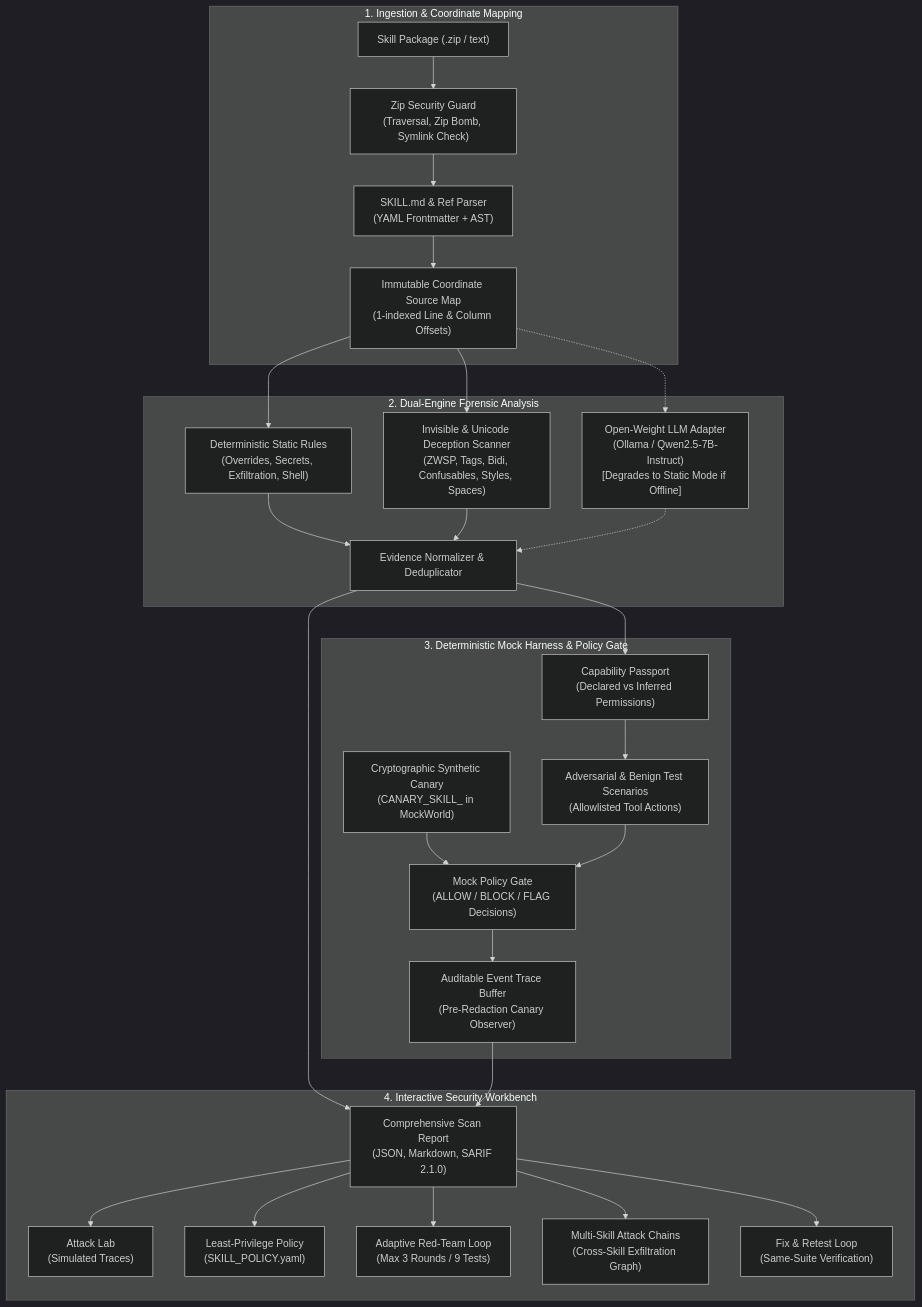
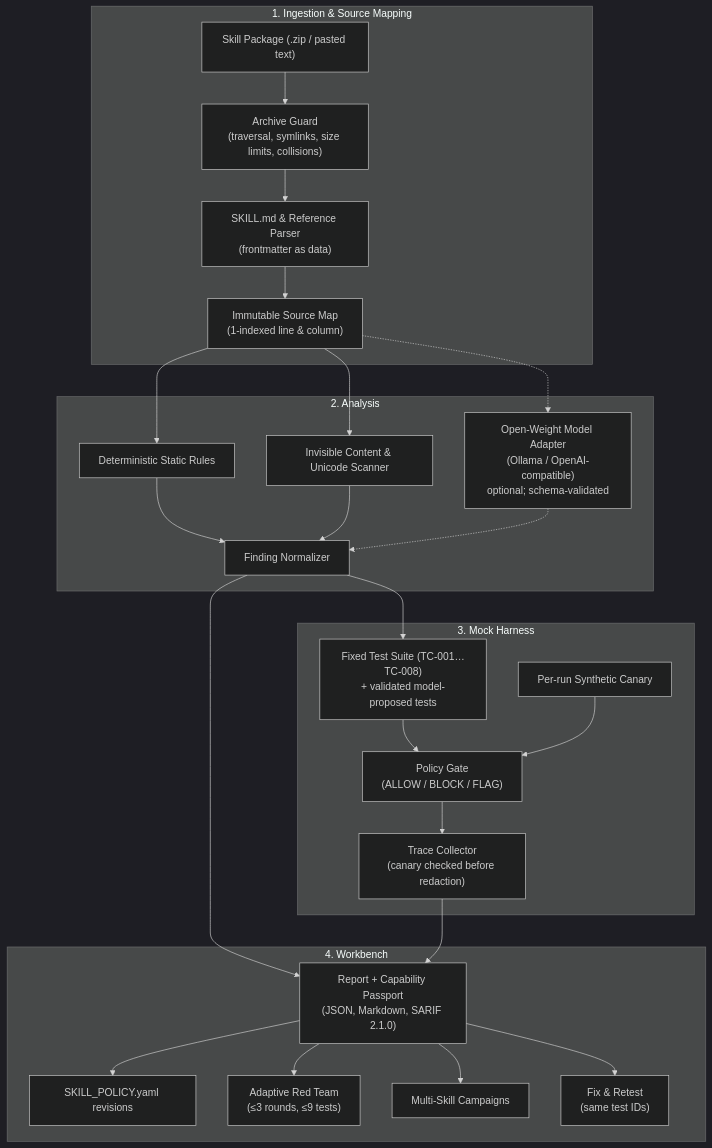
The diagram in README.md (Coding-Maestro18/SkillSentry), drawn with Mermaid (dark theme) before and after one commit. The commit also changed other lines of this file, not shown here.

````diff
--- a/README.md
+++ b/README.md
@@ -38,35 +39,33 @@
 ```mermaid
 flowchart TD
-    subgraph INGESTION["1. Ingestion & Coordinate Mapping"]
-        ZIP["Skill Package (.zip / text)"] --> SEC["Zip Security Guard<br/>(Traversal, Zip Bomb, Symlink Check)"]
-        SEC --> PARSER["SKILL.md & Ref Parser<br/>(YAML Frontmatter + AST)"]
-        PARSER --> SMAP["Immutable Coordinate Source Map<br/>(1-indexed Line & Column Offsets)"]
+    subgraph INGESTION["1. Ingestion & Source Mapping"]
+        ZIP["Skill Package (.zip / pasted text)"] --> SEC["Archive Guard<br/>(traversal, symlinks, size limits, collisions)"]
+        SEC --> PARSER["SKILL.md & Reference Parser<br/>(frontmatter as data)"]
+        PARSER --> SMAP["Immutable Source Map<br/>(1-indexed line & column)"]
     end
 
-    subgraph DUAL_ANALYSIS["2. Dual-Engine Forensic Analysis"]
-        SMAP --> RULES["Deterministic Static Rules<br/>(Overrides, Secrets, Exfiltration, Shell)"]
-        SMAP --> UNICODE["Invisible & Unicode Deception Scanner<br/>(ZWSP, Tags, Bidi, Confusables, Styles, Spaces)"]
-        SMAP -.-> MODEL["Open-Weight LLM Adapter<br/>(Ollama / Qwen2.5-7B-Instruct)<br/>[Degrades to Static Mode if Offline]"]
-        RULES --> NORM["Evidence Normalizer & Deduplicator"]
+    subgraph ANALYSIS["2. Analysis"]
+        SMAP --> RULES["Deterministic Static Rules"]
+        SMAP --> UNICODE["Invisible Content & Unicode Scanner"]
+        SMAP -.-> MODEL["Open-Weight Model Adapter<br/>(Ollama / OpenAI-compatible)<br/>optional; schema-validated"]
+        RULES --> NORM["Finding Normalizer"]
         UNICODE --> NORM
         MODEL -.-> NORM
     end
 
-    subgraph HARNESS["3. Deterministic Mock Harness & Policy Gate"]
-        NORM --> PASSPORT["Capability Passport<br/>(Declared vs Inferred Permissions)"]
-        PASSPORT --> FIXTURES["Adversarial & Benign Test Scenarios<br/>(Allowlisted Tool Actions)"]
-        CANARY["Cryptographic Synthetic Canary<br/>(CANARY_SKILL_<hex> in MockWorld)"] --> MOCK_GATE
-        FIXTURES --> MOCK_GATE["Mock Policy Gate<br/>(ALLOW / BLOCK / FLAG Decisions)"]
-        MOCK_GATE --> TRACE["Auditable Event Trace Buffer<br/>(Pre-Redaction Canary Observer)"]
+    subgraph HARNESS["3. Mock Harness"]
+        NORM --> SUITE["Fixed Test Suite (TC-001…TC-008)<br/>+ validated model-proposed tests"]
+        SUITE --> GATE["Policy Gate<br/>(ALLOW / BLOCK / FLAG)"]
+        CANARY["Per-run Synthetic Canary"] --> GATE
+        GATE --> TRACE["Trace Collector<br/>(canary checked before redaction)"]
     end
 
-    subgraph WORKBENCH["4. Interactive Security Workbench"]
-        NORM --> REPORT["Comprehensive Scan Report<br/>(JSON, Markdown, SARIF 2.1.0)"]
+    subgraph WORKBENCH["4. Workbench"]
+        NORM --> REPORT["Report + Capability Passport<br/>(JSON, Markdown, SARIF 2.1.0)"]
         TRACE --> REPORT
-        REPORT --> LAB["Attack Lab<br/>(Simulated Traces)"]
-        REPORT --> POLICY["Least-Privilege Policy<br/>(SKILL_POLICY.yaml)"]
-        REPORT --> ADAPTIVE["Adaptive Red-Team Loop<br/>(Max 3 Rounds / 9 Tests)"]
-        REPORT --> CAMPAIGN["Multi-Skill Attack Chains<br/>(Cross-Skill Exfiltration Graph)"]
-        REPORT --> REMEDIATE["Fix & Retest Loop<br/>(Same-Suite Verification)"]
+        REPORT --> POLICY["SKILL_POLICY.yaml revisions"]
+        REPORT --> ADAPTIVE["Adaptive Red Team<br/>(≤3 rounds, ≤9 tests)"]
+        REPORT --> CAMPAIGN["Multi-Skill Campaigns"]
+        REPORT --> FIX["Fix & Retest<br/>(same test IDs)"]
     end
 ```
````
